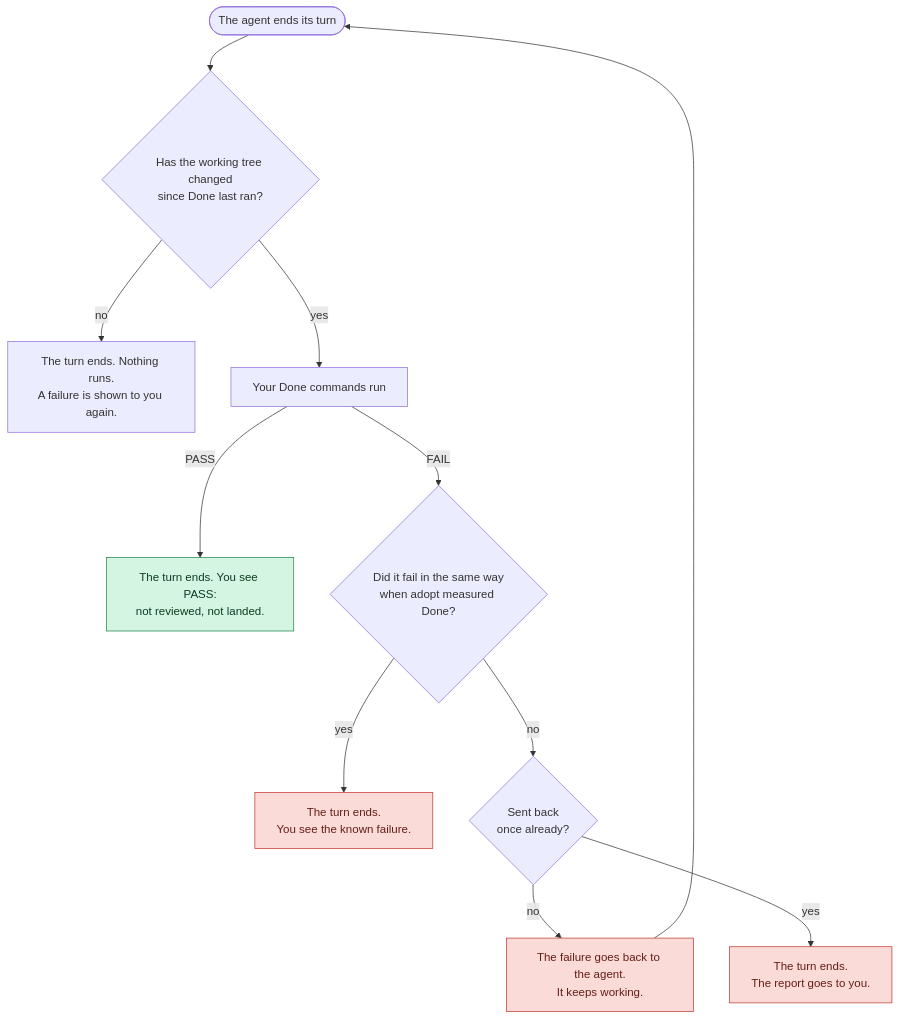
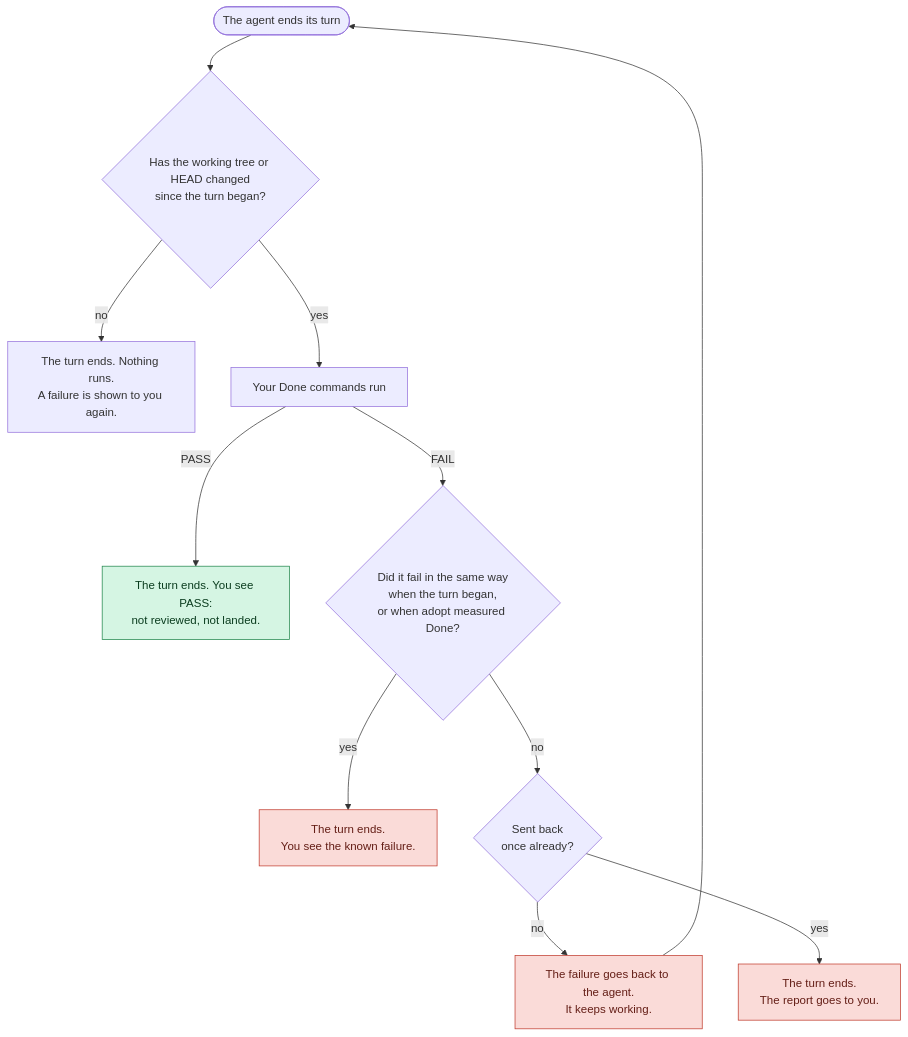
One commit to rajasdevel/outcomebound changed the first of 2 diagrams in README.md. Above: the diagram before and after it, drawn with Mermaid. The commit also changed other lines of this file and 12 other files, not shown here.

````diff
--- a/README.md
+++ b/README.md
@@ -172,17 +172,17 @@
 ```mermaid
 flowchart TD
-    turn(["The agent ends its turn"]) --> changed{"Has the working tree changed<br/>since Done last ran?"}
+    turn(["The agent ends its turn"]) --> changed{"Has the working tree or HEAD changed<br/>since the turn began?"}
     changed -- no --> idle["The turn ends. Nothing runs.<br/>A failure is shown to you again."]
     changed -- yes --> cmds["Your Done commands run"]
     cmds -- PASS --> pass["The turn ends. You see PASS:<br/>not reviewed, not landed."]
-    cmds -- FAIL --> known{"Did it fail in the same way<br/>when adopt measured Done?"}
+    cmds -- FAIL --> known{"Did it fail in the same way<br/>when the turn began,<br/>or when adopt measured Done?"}
     known -- yes --> told["The turn ends.<br/>You see the known failure."]
     known -- no --> retry{"Sent back<br/>once already?"}
     retry -- no --> back["The failure goes back to the agent.<br/>It keeps working."]
     back --> turn
     retry -- yes --> report["The turn ends.<br/>The report goes to you."]
     classDef ok fill:#d5f5e3,stroke:#1e8449,color:#0b3d1f
     classDef bad fill:#fadbd8,stroke:#c0392b,color:#641e16
     class pass ok
     class back,report,told bad
 ```
````
